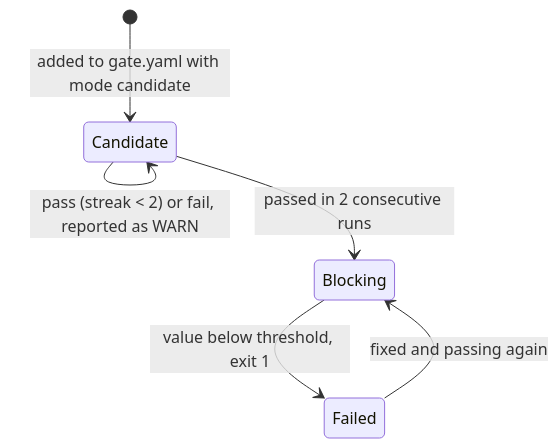
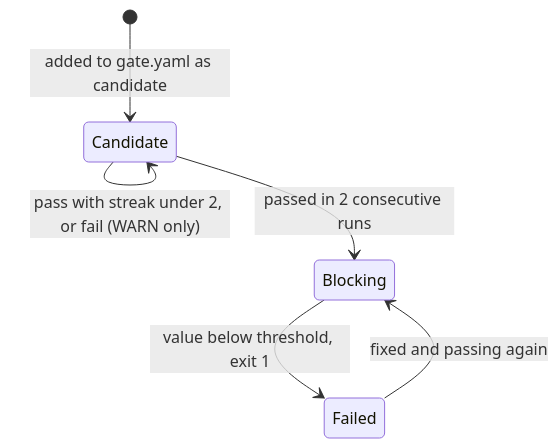
Before and after one commit to EarlFernandes/qa-automation-portfolio: the seventh of 9 diagrams in docs/architecture.md, drawn with Mermaid. The commit also changed other lines of this file and 35 other files, not shown here.

````diff
--- a/docs/architecture.md
+++ b/docs/architecture.md
@@ -107,8 +106,8 @@
 ```mermaid
 stateDiagram-v2
-    [*] --> Candidate: added to gate.yaml with mode candidate
-    Candidate --> Candidate: pass (streak < 2) or fail, reported as WARN
+    [*] --> Candidate: added to gate.yaml as candidate
+    Candidate --> Candidate: pass with streak under 2, or fail (WARN only)
     Candidate --> Blocking: passed in 2 consecutive runs
     Blocking --> Failed: value below threshold, exit 1
     Failed --> Blocking: fixed and passing again
 ```
````
